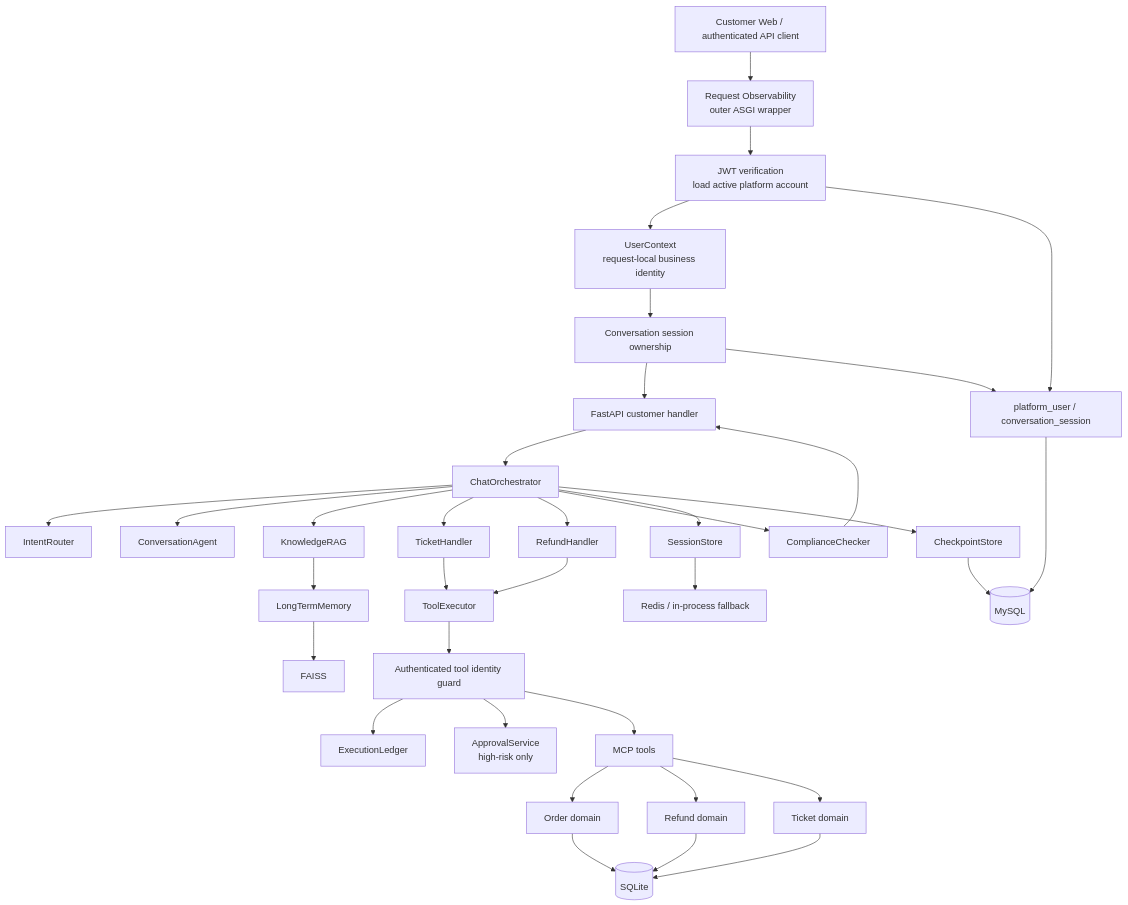
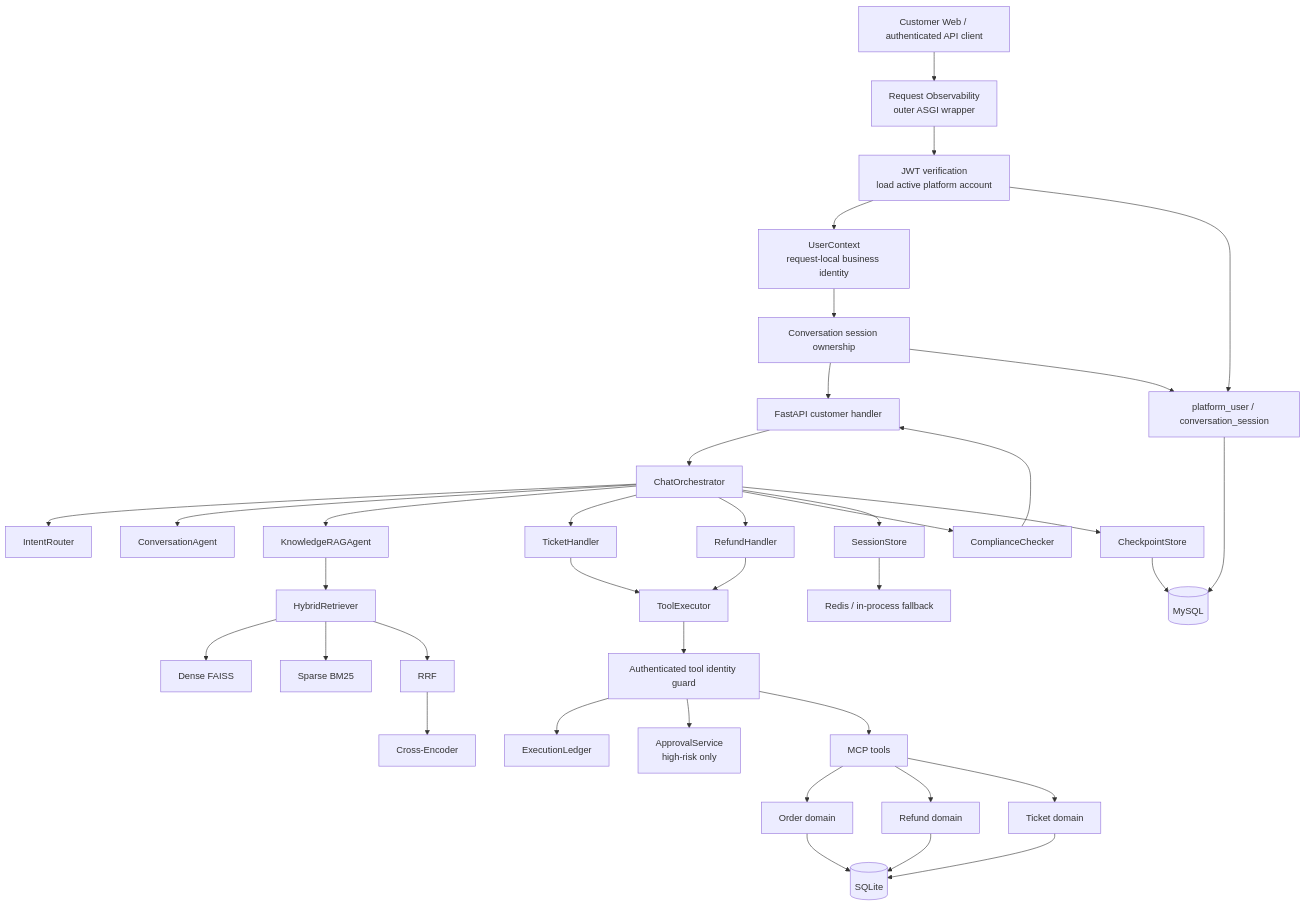
Before and after one commit to ACaiA-77/smartCS: the first of 5 diagrams in docs/architecture.md, drawn with Mermaid. The commit also changed other lines of this file and 2 other files, not shown here.

Commit message:
docs: align frozen RAG architecture and status

````diff
--- a/docs/architecture.md
+++ b/docs/architecture.md
@@ -9,37 +9,40 @@
 ```mermaid
 flowchart TD
     C[Customer Web / authenticated API client] --> O[Request Observability\nouter ASGI wrapper]
     O --> AUTH[JWT verification\nload active platform account]
     AUTH --> UC[UserContext\nrequest-local business identity]
     UC --> OWN[Conversation session ownership]
     OWN --> F[FastAPI customer handler]
     AUTH --> PLATFORM[platform_user / conversation_session]
     OWN --> PLATFORM
     F --> CO[ChatOrchestrator]
     CO --> IR[IntentRouter]
     CO --> CV[ConversationAgent]
-    CO --> KR[KnowledgeRAG]
+    CO --> KR[KnowledgeRAGAgent]
     CO --> TH[TicketHandler]
     CO --> RH[RefundHandler]
     CO --> CC[ComplianceChecker]
-    KR --> LTM[LongTermMemory]
-    LTM --> FAISS[FAISS]
+    KR --> HR[HybridRetriever]
+    HR --> DENSE[Dense FAISS]
+    HR --> SPARSE[Sparse BM25]
+    HR --> RRF[RRF]
+    RRF --> CE[Cross-Encoder]
     TH --> TE[ToolExecutor]
     RH --> TE
     TE --> GUARD[Authenticated tool identity guard]
     GUARD --> LEDGER[ExecutionLedger]
     GUARD --> APPROVAL[ApprovalService\nhigh-risk only]
     GUARD --> MCP[MCP tools]
     MCP --> ORDER[Order domain]
     MCP --> REFUND[Refund domain]
     MCP --> TICKET[Ticket domain]
     ORDER --> DB[(SQLite)]
     REFUND --> DB
     TICKET --> DB
     CO --> SS[SessionStore]
     CO --> CP[CheckpointStore]
     CP --> MYSQL[(MySQL)]
     PLATFORM --> MYSQL
     SS --> REDIS[Redis / in-process fallback]
     CC --> F
 ```
````
